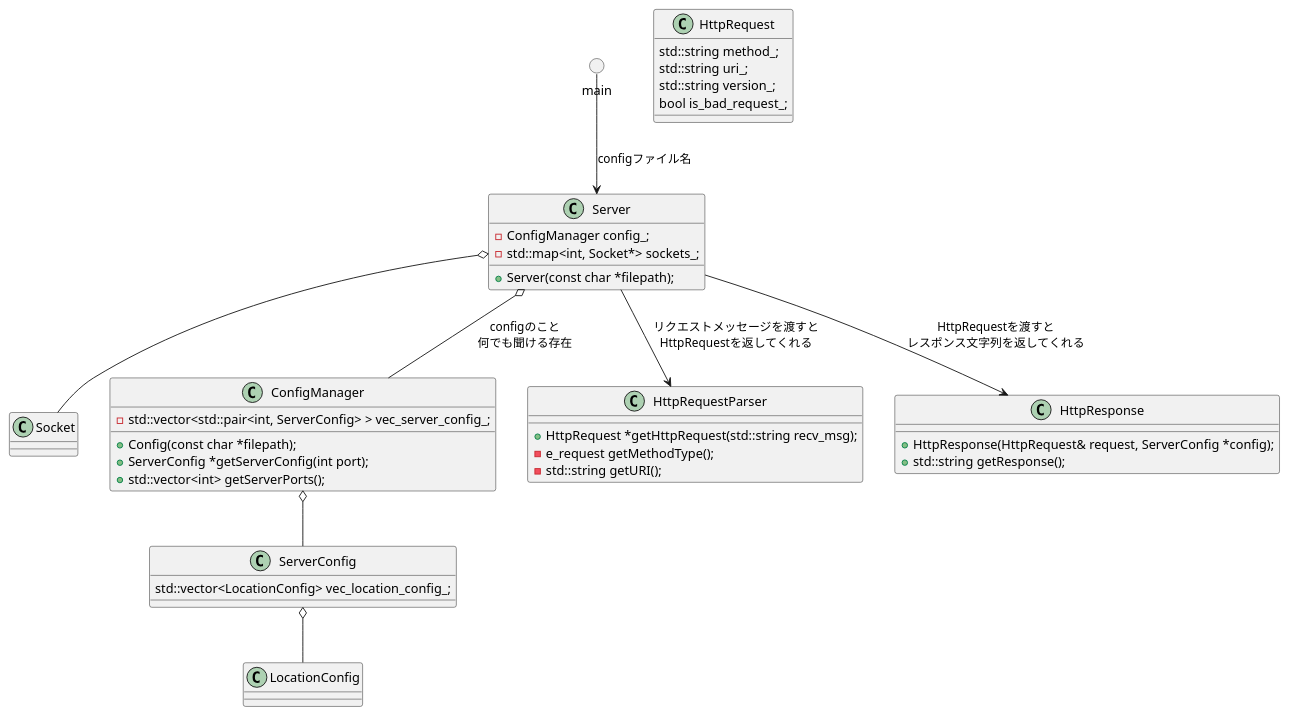
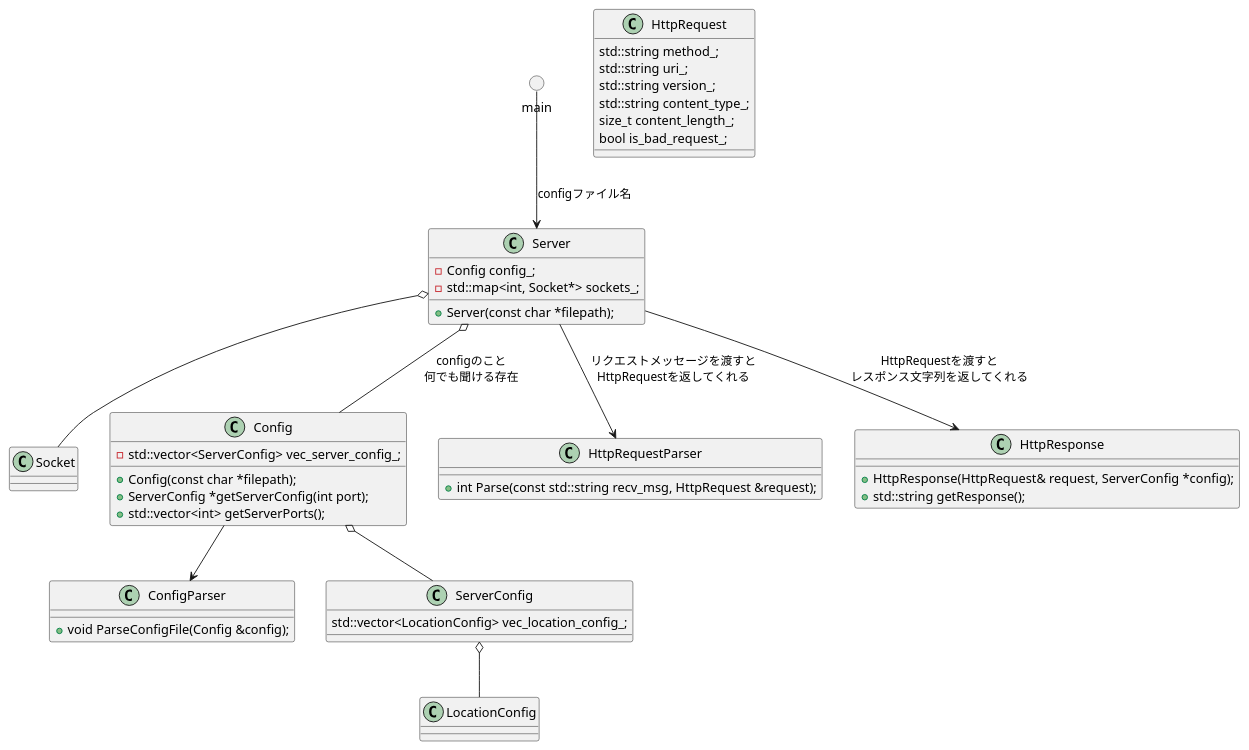
One commit to takashi247/webserv changed the diagram in srcs/server/class_server.pu. Above: the diagram before and after it, drawn with PlantUML. The commit also changed 6 other files, not shown here.

```diff
--- a/srcs/server/class_server.pu
+++ b/srcs/server/class_server.pu
@@ -1,61 +1,66 @@
 @startuml
 
 circle          main
 
 class Server
 {
-	- ConfigManager config_;
+	- Config config_;
 	- std::map<int, Socket*> sockets_;
 	+ Server(const char *filepath);
 }
 class Socket
 {
 
 }
-class ConfigManager
+class ConfigParser
 {
-	- std::vector<std::pair<int, ServerConfig> > vec_server_config_;
+	+ void ParseConfigFile(Config &config);
+}
+class Config
+{
+	- std::vector<ServerConfig> vec_server_config_;
 	+ Config(const char *filepath);
 	+ ServerConfig *getServerConfig(int port);
 	+ std::vector<int> getServerPorts();
 
 }
 class ServerConfig
 {
 	std::vector<LocationConfig> vec_location_config_;
 }
 class LocationConfig
 {
 
 }
 class	HttpRequest
 {
 	std::string method_;
 	std::string uri_;
 	std::string version_;
+	std::string content_type_;
+	size_t content_length_;
 	bool is_bad_request_;
 }
 class	HttpRequestParser
 {
-	+ HttpRequest *getHttpRequest(std::string recv_msg);
-	- e_request getMethodType();
-	- std::string getURI();
+	+ int Parse(const std::string recv_msg, HttpRequest &request);
 }
 
 class	HttpResponse
 {
 	+ HttpResponse(HttpRequest& request, ServerConfig *config);
 	+ std::string getResponse();
 }
 
 
 main --> Server : configファイル名
-Server o-- ConfigManager : configのこと\n何でも聞ける存在
+Server o-- Config : configのこと\n何でも聞ける存在
 Server o-- Socket
 Server --> HttpRequestParser : リクエストメッセージを渡すと\nHttpRequestを返してくれる
-ConfigManager o-- ServerConfig
+Config o-- ServerConfig
+Config --> ConfigParser
 ServerConfig o-- LocationConfig
 Server --> HttpResponse : HttpRequestを渡すと\nレスポンス文字列を返してくれる
 
 
 @enduml
```
